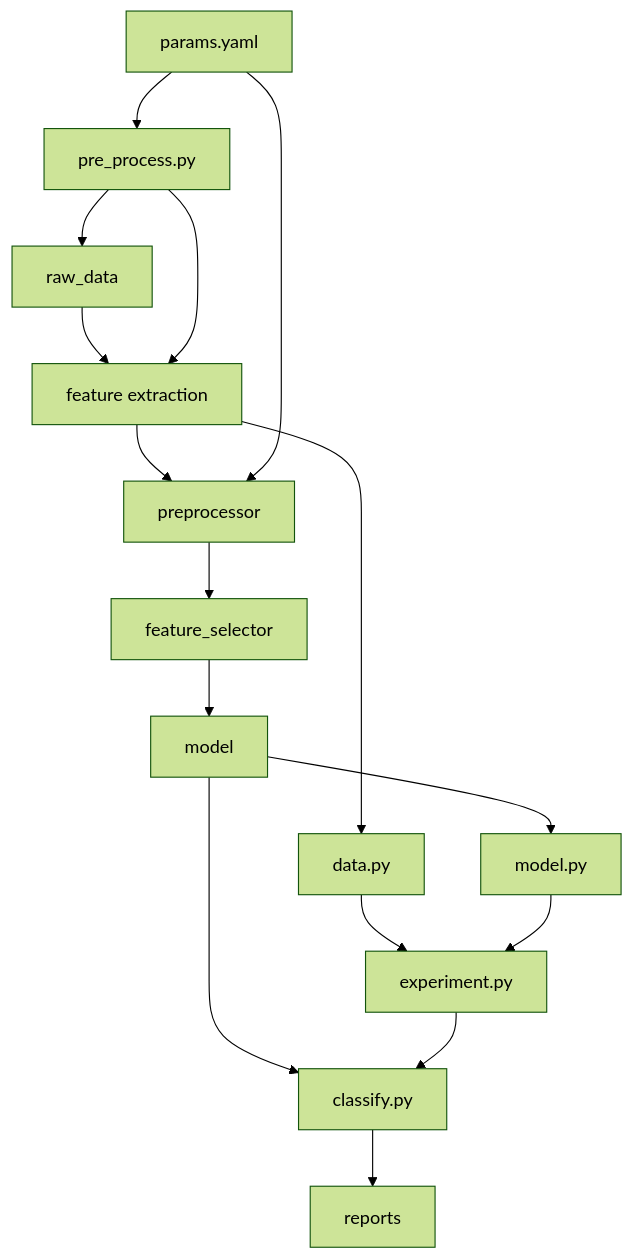
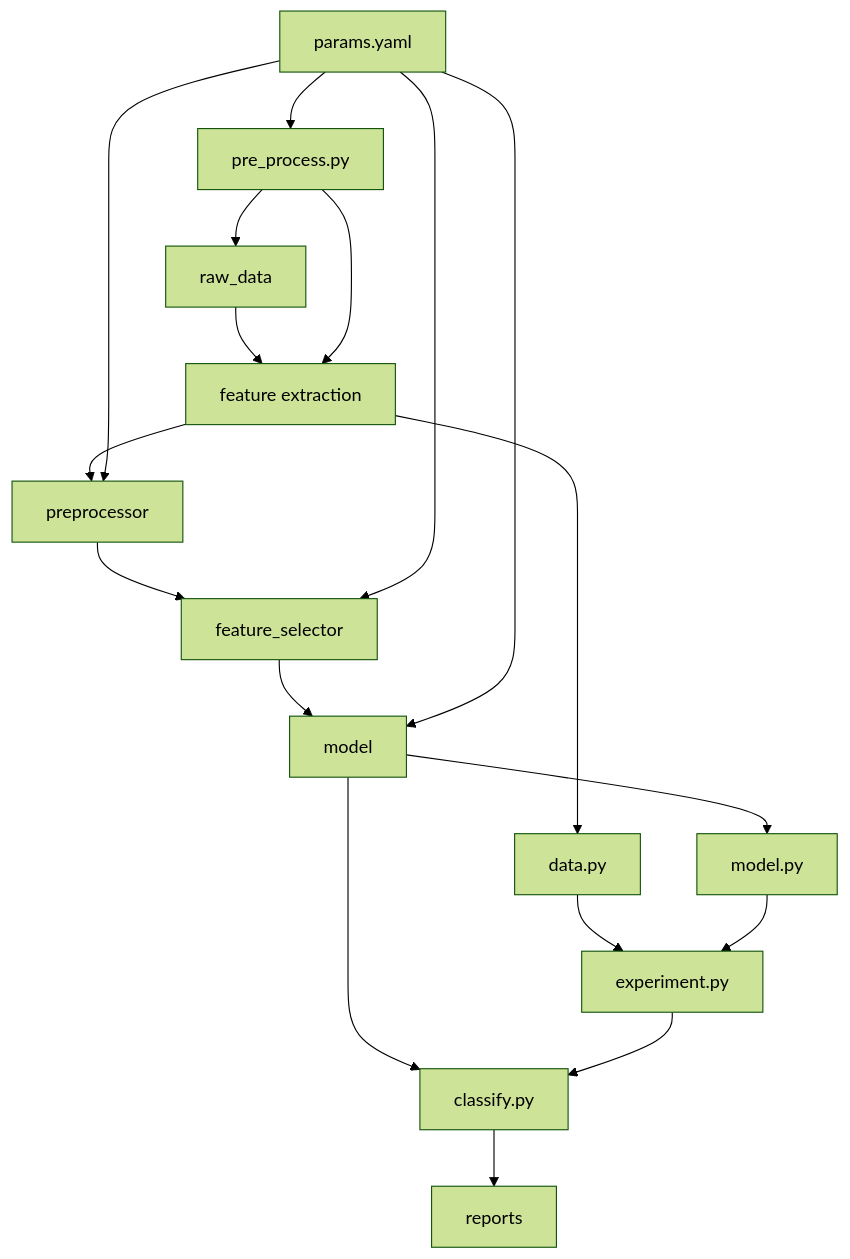
One commit to simplymathematics/as_activity_recognition changed the diagram in README.md. Above: the diagram before and after it, drawn with Mermaid (forest theme).

````diff
--- a/README.md
+++ b/README.md
@@ -9,24 +9,26 @@
 ```mermaid
 flowchart TD
 	node1["raw_data"]
 	node2["feature extraction"]
 	node3["preprocessor"]
 	node4["feature_selector"]
 	node5["model"]
 	node8["pre_process.py"]
 	node9["classify.py"]
 	node10["data.py"]
 	node11["model.py"]
 	node12["experiment.py"]
 	node13["params.yaml"]
 	node14["reports"]
 	node1-->node2-->node3-->node4-->node5-->node11
 	node5-->node9
 	node13-->node8-->node1
 	node8-->node2
 	node13-->node3
 	node10-->node12
 	node11-->node12-->node9
 	node2-->node10
 	node9-->node14
+	node13-->node4
+	node13-->node5
 ```
````
